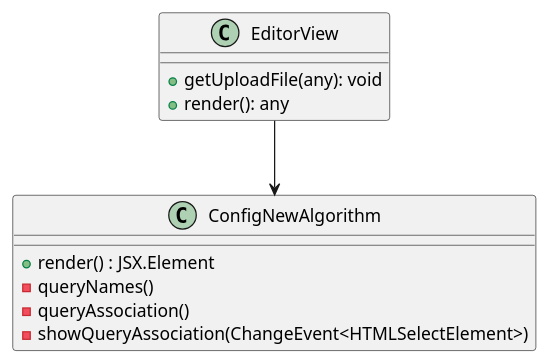
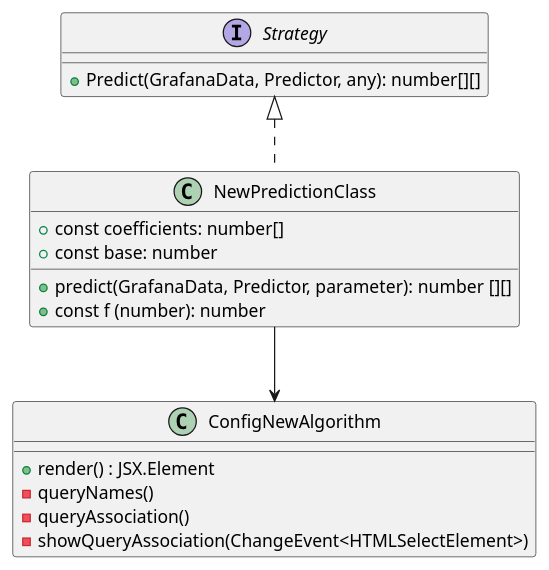
Before and after one commit to sofiabononi/project-docs: the diagram in esterni/diagrammi/diagrammi-grafana-plugin/src/newconfig.plantuml, drawn with PlantUML. The commit also changed 10 other files, not shown here.

Commit message:
docs: correggi diagrammi plugin

```diff
--- a/esterni/diagrammi/diagrammi-grafana-plugin/src/newconfig.plantuml
+++ b/esterni/diagrammi/diagrammi-grafana-plugin/src/newconfig.plantuml
@@ -1,19 +1,28 @@
 @startuml GrafanaClasses
 
 
-class EditorView{
-    + getUploadFile(any): void
-    + render(): any
+interface Strategy{
+  + Predict(GrafanaData, Predictor, any): number[][]
 }
 
+
+
+
+class NewPredictionClass implements Strategy{
+  + const coefficients: number[]
+  + const base: number
+  + predict(GrafanaData, Predictor, parameter): number [][]
+  + const f (number): number
+
+}
 
 class ConfigNewAlgorithm {
   + render() : JSX.Element
   - queryNames()
   - queryAssociation()
   - showQueryAssociation(ChangeEvent<HTMLSelectElement>)
 }
 
-EditorView --> ConfigNewAlgorithm
+NewPredictionClass-->ConfigNewAlgorithm
 
 @enduml
```
